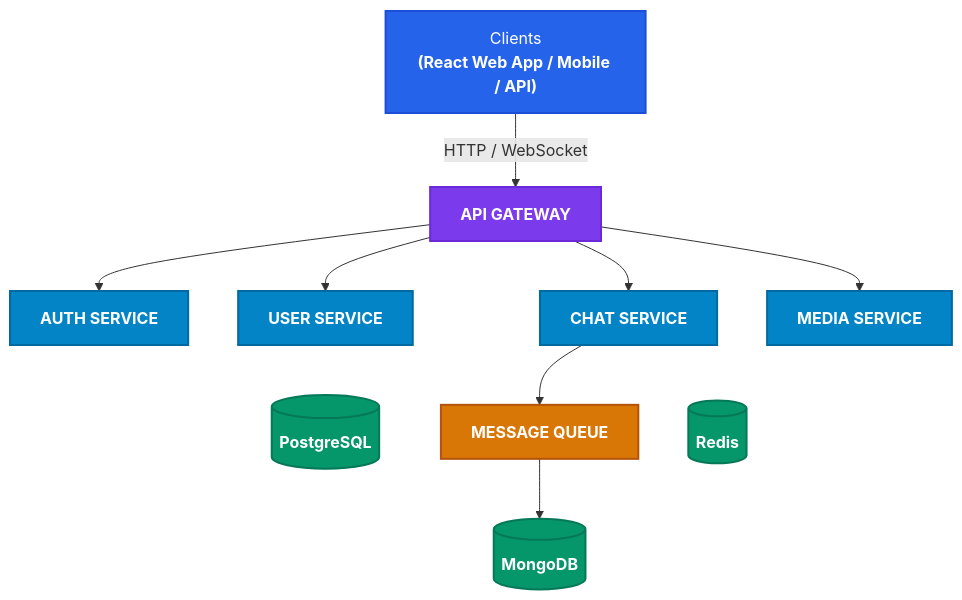
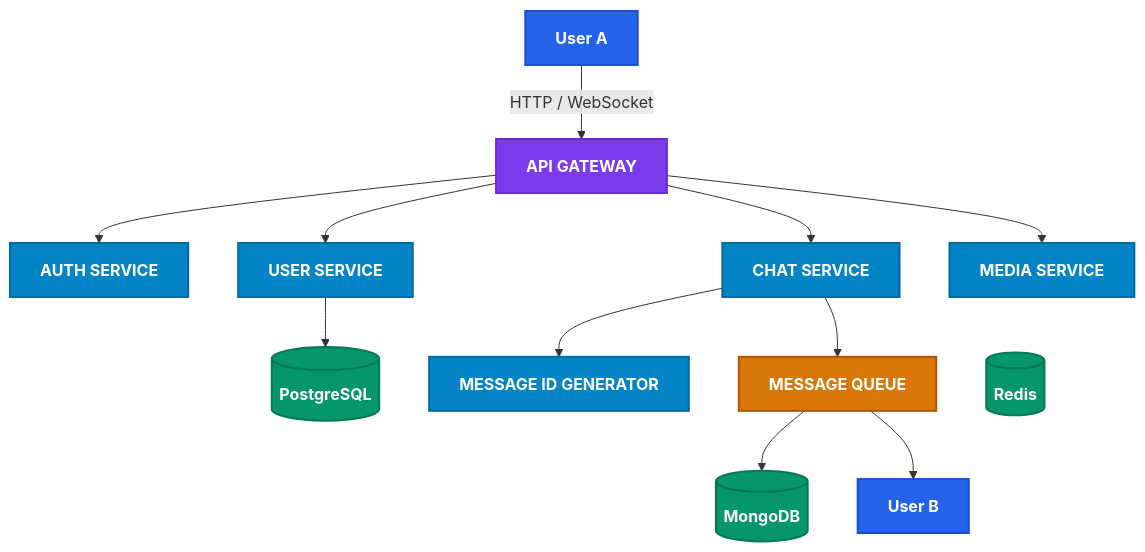
One commit to v-sinha9004/chat-portal changed the diagram in docs/ARCHITECTURE.md. Above: the diagram before and after it, drawn with Mermaid.

Commit message:
docs: update draft architecture

````diff
--- a/docs/ARCHITECTURE.md
+++ b/docs/ARCHITECTURE.md
@@ -5,35 +5,39 @@
 ```mermaid
 flowchart TD
     classDef client fill:#2563eb,stroke:#1d4ed8,stroke-width:2px,color:#fff;
     classDef gateway fill:#7c3aed,stroke:#6d28d9,stroke-width:2px,color:#fff;
     classDef service fill:#0284c7,stroke:#0369a1,stroke-width:2px,color:#fff;
     classDef queue fill:#d97706,stroke:#b45309,stroke-width:2px,color:#fff;
     classDef storage fill:#059669,stroke:#047857,stroke-width:2px,color:#fff;
 
-    CLIENTS["Clients<br/><b>(React Web App / Mobile / API)</b>"]:::client
+    USER_A["<b>User A</b>"]:::client
+    USER_B["<b>User B</b>"]:::client
 
     GATEWAY["<b>API GATEWAY</b>"]:::gateway
 
     AUTH["<b>AUTH SERVICE</b>"]:::service
     USER["<b>USER SERVICE</b>"]:::service
     CHAT["<b>CHAT SERVICE</b>"]:::service
     MEDIA["<b>MEDIA SERVICE</b>"]:::service
+    IDGEN["<b>MESSAGE ID GENERATOR</b>"]:::service
 
     MQ["<b>MESSAGE QUEUE</b>"]:::queue
 
     POSTGRES[("<b>PostgreSQL</b>")]:::storage
     MONGO[("<b>MongoDB</b>")]:::storage
     REDIS[("<b>Redis</b>")]:::storage
 
-    CLIENTS -->|HTTP / WebSocket| GATEWAY
+    USER_A -->|HTTP / WebSocket| GATEWAY
 
     GATEWAY --> AUTH
     GATEWAY --> USER
     GATEWAY --> CHAT
     GATEWAY --> MEDIA
 
-    USER ~~~ POSTGRES
+    CHAT --> IDGEN
+    USER --> POSTGRES
     CHAT --> MQ
     MQ --> MONGO
+    MQ --> USER_B
     CHAT ~~~ REDIS
 ```
````
